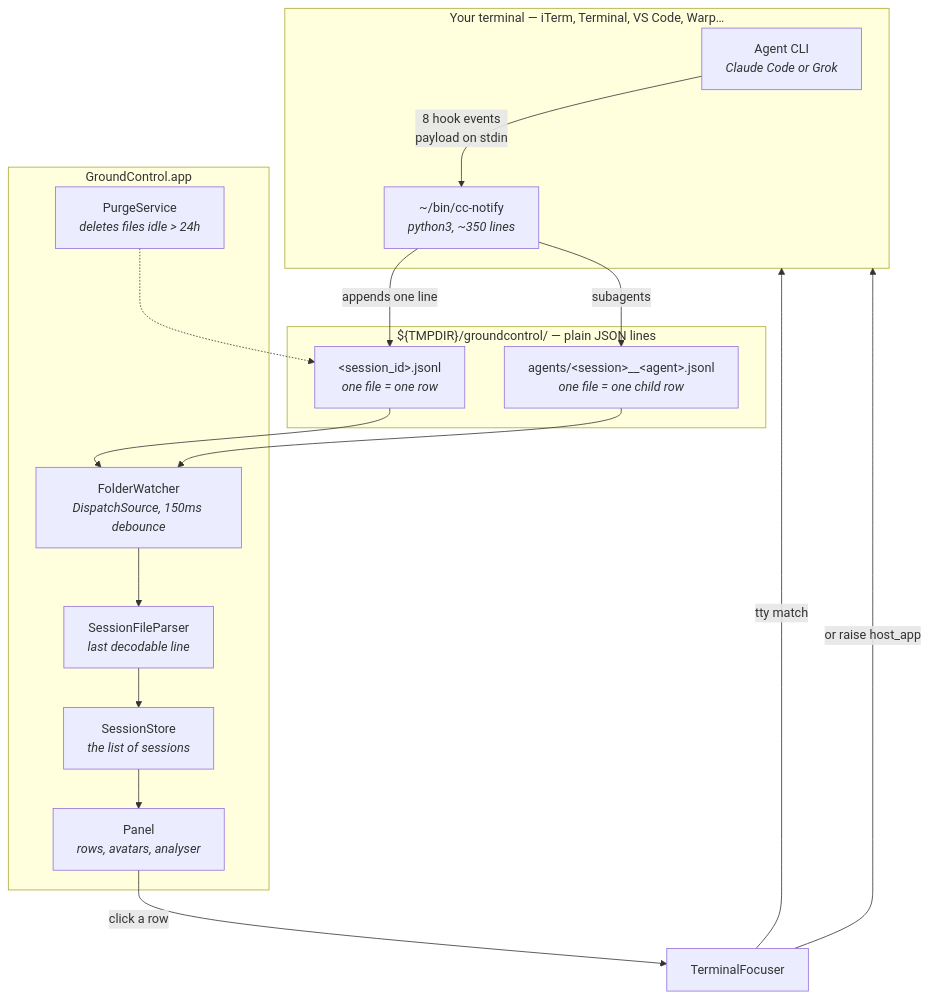
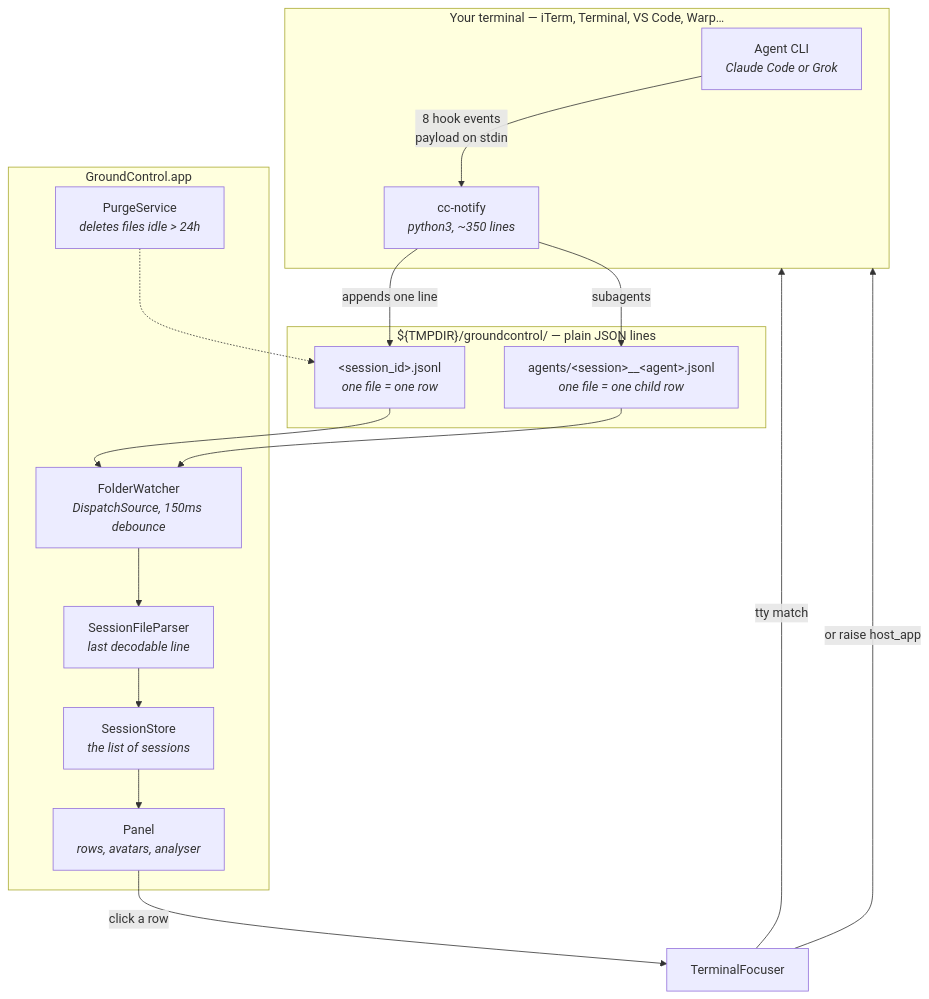
One commit to spacyapps/ground-control changed the diagram in docs/ARCHITECTURE.md. Above: the diagram before and after it, drawn with Mermaid. The commit also changed other lines of this file and 12 other files, not shown here.

````diff
--- a/docs/ARCHITECTURE.md
+++ b/docs/ARCHITECTURE.md
@@ -7,31 +7,31 @@
 ```mermaid
 flowchart TB
     subgraph terminal["Your terminal — iTerm, Terminal, VS Code, Warp…"]
         cli["Agent CLI<br/><i>Claude Code or Grok</i>"]
-        hook["~/bin/cc-notify<br/><i>python3, ~350 lines</i>"]
+        hook["cc-notify<br/><i>python3, ~350 lines</i>"]
     end
 
     subgraph disk["${TMPDIR}/groundcontrol/ — plain JSON lines"]
         file["&lt;session_id&gt;.jsonl<br/><i>one file = one row</i>"]
         agents["agents/&lt;session&gt;__&lt;agent&gt;.jsonl<br/><i>one file = one child row</i>"]
     end
 
     subgraph app["GroundControl.app"]
         watcher["FolderWatcher<br/><i>DispatchSource, 150ms debounce</i>"]
         parser["SessionFileParser<br/><i>last decodable line</i>"]
         store["SessionStore<br/><i>the list of sessions</i>"]
         panel["Panel<br/><i>rows, avatars, analyser</i>"]
         purge["PurgeService<br/><i>deletes files idle &gt; 24h</i>"]
     end
 
     cli -- "8 hook events<br/>payload on stdin" --> hook
     hook -- "appends one line" --> file
     hook -- "subagents" --> agents
     file --> watcher
     agents --> watcher
     watcher --> parser --> store --> panel
     purge -.-> file
     panel -- "click a row" --> focus["TerminalFocuser"]
     focus -- "tty match" --> terminal
     focus -- "or raise host_app" --> terminal
 ```
````
